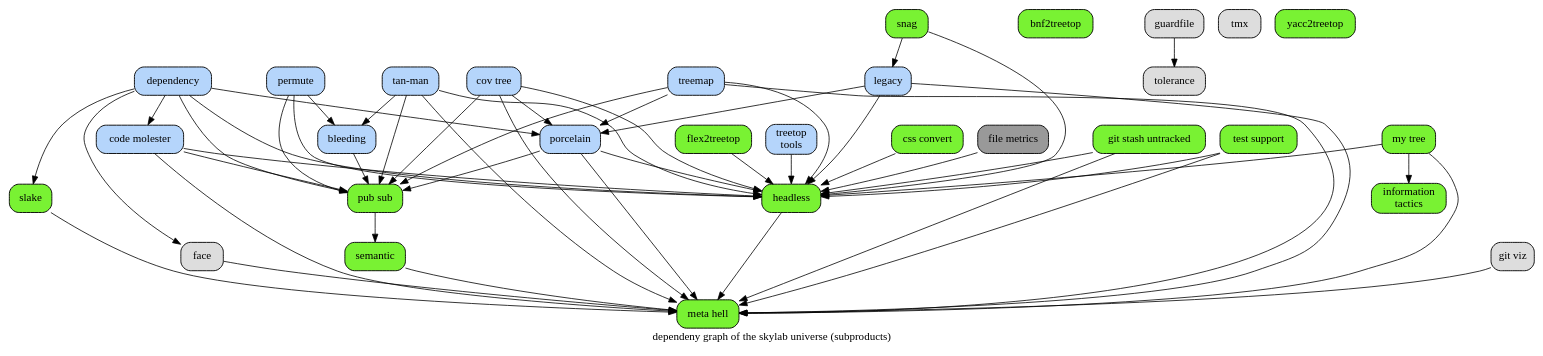
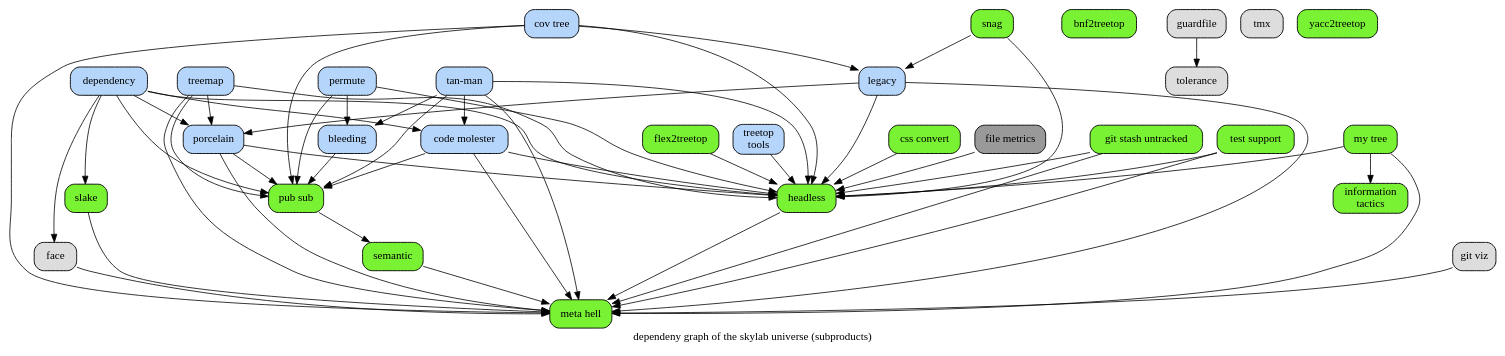
Before and after one commit to hipe/tmx: the diagram in doc/subproduct-dependencies.dot, drawn with Graphviz. The commit also changed 4 other files, not shown here.

```diff
--- a/doc/subproduct-dependencies.dot
+++ b/doc/subproduct-dependencies.dot
@@ -1,106 +1,107 @@
 # created by tan-man on 2012-12-20 16:03:06 UTC
 
 digraph {
 
 /*
   example stmt_list:
     foo -> bar
     biff -> baz
 
   example node_stmt:
     learn_c [label="learn C somehow"]
 */
 
 label="dependeny graph of the skylab universe (subproducts)"
 
 node [label="\N", style="filled", fillcolor="#b5d5fb", fontname="Futura", penwidth="1.1566", shape="Mrecord"]
 
 #                 blue : fillcolor="#b5d5fb"
 #             finished : green
 #                green : fillcolor="#79f233"
 #         not-finished : blue
 
 
 bleeding [label="bleeding" fillcolor="#b5d5fb"]
 bnf [label="bnf2treetop" fillcolor="#79f233"]
 code [label="code molester" fillcolor="#b5d5fb"]
 cov [label="cov tree" fillcolor="#b5d5fb"]
 css [label="css convert" fillcolor="#79f233"]
 dependency [label=dependency fillcolor="#b5d5fb"]
 face [label=face fillcolor="#dddddd"]
 file [label="file metrics" fillcolor="#999999"]
 flex [label="flex2treetop" fillcolor="#79f233"]
 git [label="git viz" fillcolor="#dddddd"]
 gsu [label="git stash untracked" fillcolor="#79f233"]
 guardfile [label=guardfile fillcolor="#dddddd"]
 headless [label=headless fillcolor="#79f233"]
 info [label="information\ntactics" fillcolor="#79f233"]
 legacy [label="legacy" fillcolor="#b5d5fb"]
 meta [label="meta hell" fillcolor="#79f233"]
 mytree [label="my tree" fillcolor="#79f233"]
 permute [label="permute" fillcolor="#b5d5fb"]
 porcelain [label=porcelain fillcolor="#b5d5fb"]
 pub [label="pub sub" fillcolor="#79f233"]
 semantic [label="semantic" fillcolor="#79f233"]
 slake [label=slake fillcolor="#79f233"]
 snag [label="snag" fillcolor="#79f233"]
 tan [label="tan-man" fillcolor="#b5d5fb"]
 test [label="test support" fillcolor="#79f233"]
 tolerance [label="tolerance" fillcolor="#dddddd"]
 treemap [label="treemap" fillcolor="#b5d5fb"]
 treetop [label="treetop\ntools" fillcolor="#b5d5fb"]
 tmx [label=tmx fillcolor="#dddddd"]
 yacc [label="yacc2treetop" fillcolor="#79f233"]
 
 bleeding -> pub
 code -> headless
 code -> meta
 code -> pub
 cov -> headless
 cov -> meta
-cov -> porcelain
+cov -> legacy
 cov -> pub
 css -> headless
 git -> meta
 gsu -> headless
 gsu -> meta
 guardfile -> tolerance
 dependency -> code
 dependency -> face
 dependency -> headless
 dependency -> porcelain
 dependency -> pub
 dependency -> slake
 face -> meta
 file -> headless
 flex -> headless
 headless -> meta
 legacy -> headless
 legacy -> meta
 legacy -> porcelain
 mytree -> headless
 mytree -> info
 mytree -> meta
 permute -> bleeding
 permute -> headless
 permute -> pub
 porcelain -> headless
 porcelain -> meta
 porcelain -> pub
 pub -> semantic
 semantic -> meta
 slake -> meta
 snag -> legacy
 snag -> headless
+tan -> code
 tan -> bleeding
 tan -> headless
 tan -> meta
 tan -> pub
 test -> headless
 test -> meta
 treemap -> headless
 treemap -> meta
 treemap -> porcelain
 treemap -> pub
 treetop -> headless
 }
```
